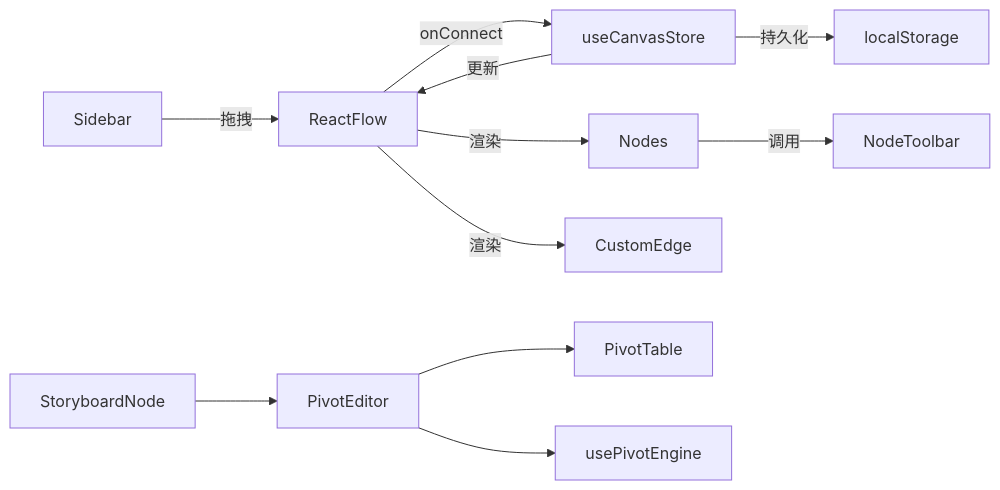
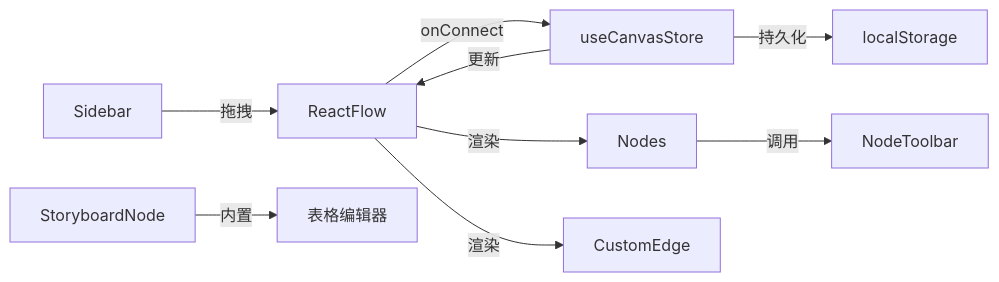
Before and after one commit to KunLabAI/KunFlix: the sixth of 6 diagrams in .qoder/repowiki/zh/content/前端组件系统/画布编辑器/画布编辑器.md, drawn with Mermaid. The commit also changed other lines of this file and 5 other files, not shown here.

````diff
--- a/.qoder/repowiki/zh/content/前端组件系统/画布编辑器/画布编辑器.md
+++ b/.qoder/repowiki/zh/content/前端组件系统/画布编辑器/画布编辑器.md
@@ -395,13 +406,11 @@
 ```mermaid
 graph LR
 Sidebar --> |拖拽| ReactFlow
 ReactFlow --> |onConnect| useCanvasStore
 useCanvasStore --> |更新| ReactFlow
 ReactFlow --> |渲染| Nodes
 ReactFlow --> |渲染| CustomEdge
 Nodes --> |调用| NodeToolbar
-StoryboardNode --> PivotEditor
-PivotEditor --> PivotTable
-PivotEditor --> usePivotEngine
+StoryboardNode --> |内置| 表格编辑器
 useCanvasStore --> |持久化| localStorage
 ```
````
